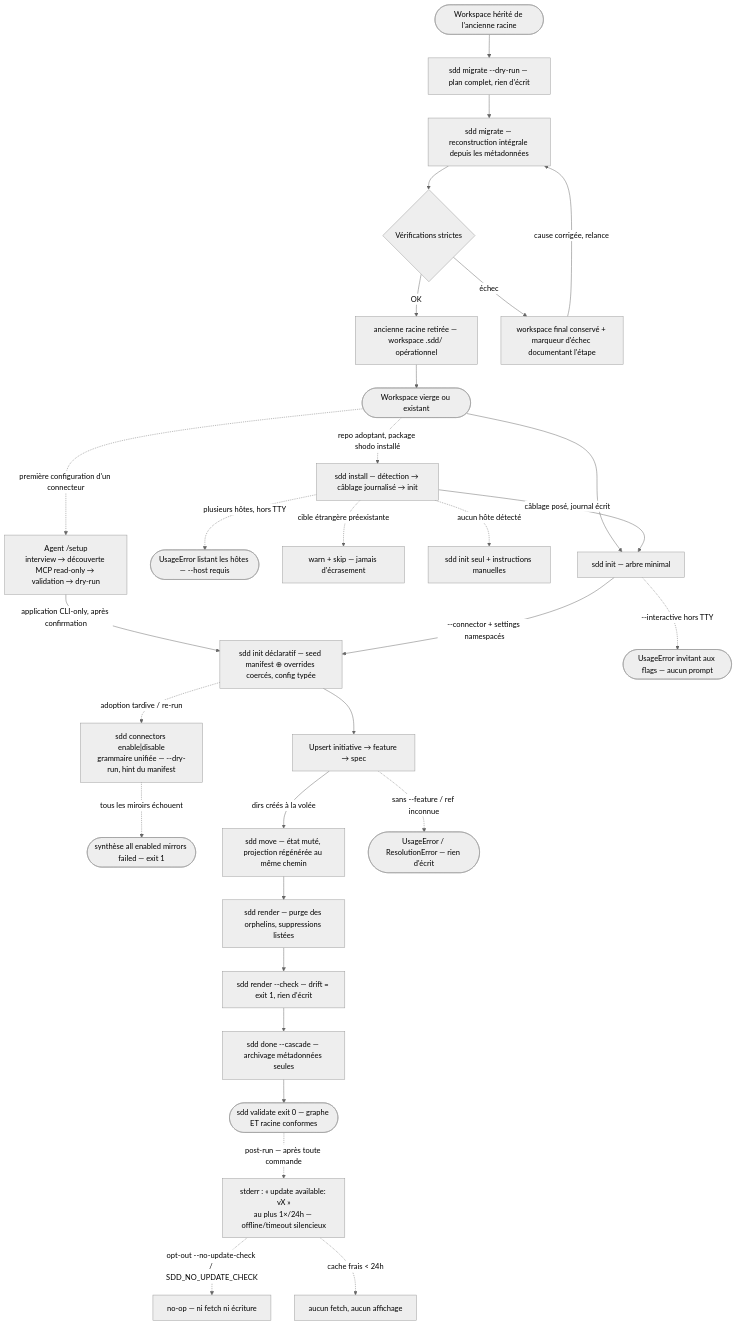
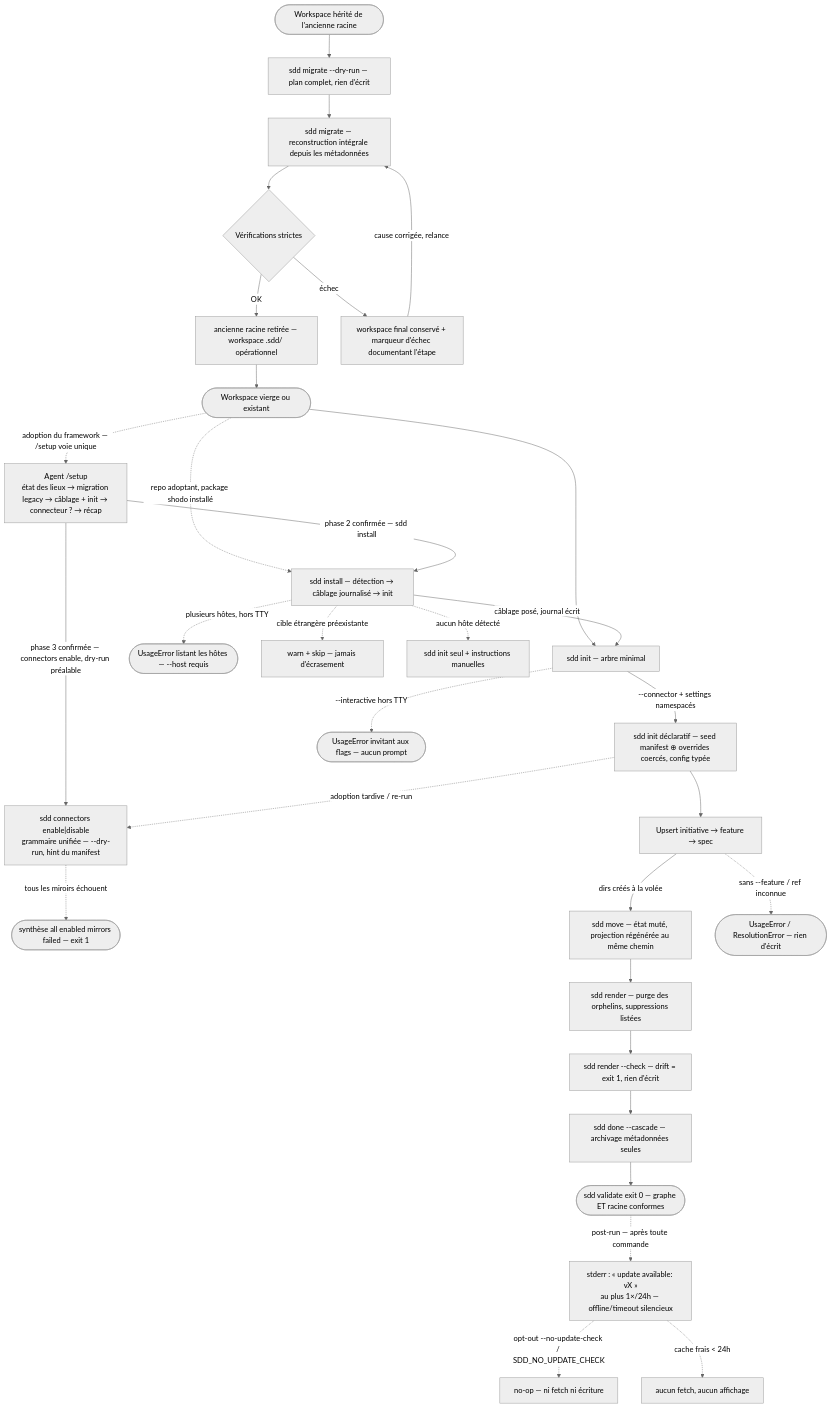
The diagram in .sdd/knowledge/domains/spec-model/behavior.md (ngdo-pro/sdd), drawn with Mermaid (neutral theme) before and after one commit. The commit also changed other lines of this file and 12 other files, not shown here.

First line of the commit message:
feat(setup): protocole /setup v2 — unique voie d'adoption (spec 010)

````diff
--- a/.sdd/knowledge/domains/spec-model/behavior.md
+++ b/.sdd/knowledge/domains/spec-model/behavior.md
@@ -29,32 +29,33 @@
 ```mermaid
 flowchart TD
     Legacy([Workspace hérité de l'ancienne racine]) --> Plan[sdd migrate --dry-run — plan complet, rien d'écrit]
     Plan --> Migrate[sdd migrate — reconstruction intégrale depuis les métadonnées]
     Migrate --> Gate{Vérifications strictes}
     Gate -->|OK| Retire[ancienne racine retirée — workspace .sdd/ opérationnel]
     Gate -->|échec| Marker[workspace final conservé + marqueur d'échec documentant l'étape]
     Marker -->|cause corrigée, relance| Migrate
     Retire --> Start
     Start([Workspace vierge ou existant]) --> Init[sdd init — arbre minimal]
     Start -.->|repo adoptant, package shodo installé| Inst["sdd install — détection → câblage journalisé → init"]
     Inst -.->|plusieurs hôtes, hors TTY| ErrHost([UsageError listant les hôtes — --host requis])
     Inst -.->|cible étrangère préexistante| WarnSkip[warn + skip — jamais d'écrasement]
     Inst -->|câblage posé, journal écrit| Init
     Inst -.->|aucun hôte détecté| Deg[sdd init seul + instructions manuelles]
-    Start -.->|première configuration d'un connecteur| Setup["Agent /setup<br>interview → découverte MCP read-only → validation → dry-run"]
-    Setup -->|application CLI-only, après confirmation| Decl
+    Start -.->|adoption du framework — /setup voie unique| Setup["Agent /setup<br>état des lieux → migration legacy → câblage + init → connecteur ? → récap"]
+    Setup -->|phase 2 confirmée — sdd install| Inst
+    Setup -->|phase 3 confirmée — connectors enable, dry-run préalable| Late
     Init -->|--connector + settings namespacés| Decl[sdd init déclaratif — seed manifest ⊕ overrides coercés, config typée]
     Init -.->|--interactive hors TTY| ErrTTY([UsageError invitant aux flags — aucun prompt])
     Decl --> Frame[Upsert initiative → feature → spec]
     Decl -.->|adoption tardive / re-run| Late["sdd connectors enable|disable<br>grammaire unifiée — --dry-run, hint du manifest"]
     Late -.->|tous les miroirs échouent| Fail1([synthèse all enabled mirrors failed — exit 1])
     Frame -->|dirs créés à la volée| Move[sdd move — état muté, projection régénérée au même chemin]
     Frame -.->|sans --feature / ref inconnue| Err([UsageError / ResolutionError — rien d'écrit])
     Move --> Render[sdd render — purge des orphelins, suppressions listées]
     Render --> Check[sdd render --check — drift = exit 1, rien d'écrit]
     Check --> Done[sdd done --cascade — archivage métadonnées seules]
     Done --> Valid([sdd validate exit 0 — graphe ET racine conformes])
     Valid -.->|post-run — après toute commande| Notice["stderr : « update available: vX »<br>au plus 1×/24h — offline/timeout silencieux"]
     Notice -.->|opt-out --no-update-check / SDD_NO_UPDATE_CHECK| Mute[no-op — ni fetch ni écriture]
     Notice -.->|cache frais < 24h| NoFetch[aucun fetch, aucun affichage]
 ```
````
